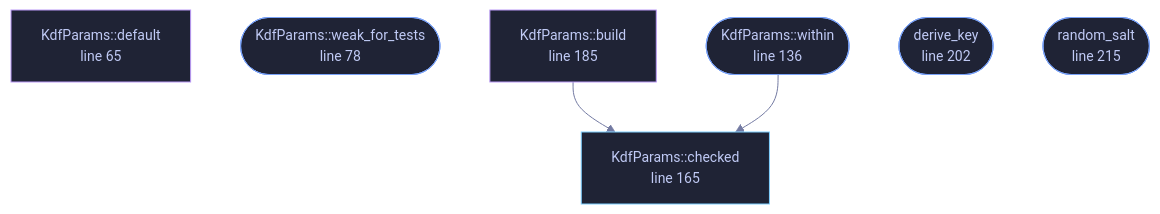
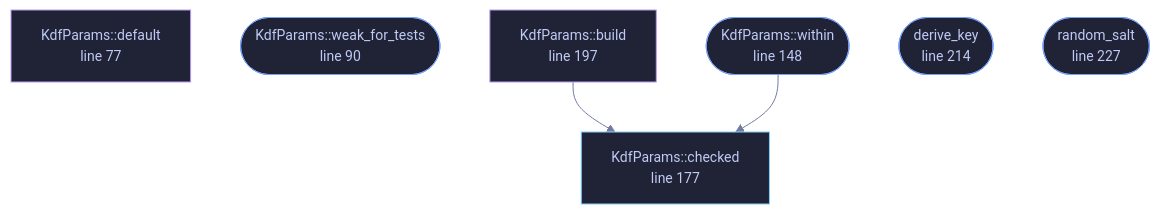
One commit to tilas01/veilvoice changed the diagram in wiki/File-veilvoice-crypto-kdf.md. Above: the diagram before and after it, drawn with Mermaid. The commit also changed other lines of this file and 487 other files, not shown here.

````diff
--- a/wiki/File-veilvoice-crypto-kdf.md
+++ b/wiki/File-veilvoice-crypto-kdf.md
@@ -86,26 +99,26 @@
 ```mermaid
 %%{init: {"theme":"base","themeVariables":{"background":"#1a1b26","primaryColor":"#1f2335","primaryTextColor":"#c0caf5","primaryBorderColor":"#7aa2f7","secondaryColor":"#16161e","tertiaryColor":"#16161e","lineColor":"#737aa2","textColor":"#c0caf5","mainBkg":"#1f2335","nodeBorder":"#7aa2f7","clusterBkg":"#16161e","clusterBorder":"#2f3549","fontFamily":"ui-monospace, SFMono-Regular, Consolas, monospace","fontSize":"14px"}}}%%
 flowchart TD
-    n_default["KdfParams::default<br/>line 65"]
-    n_weak_for_tests(["KdfParams::weak_for_tests<br/>line 78"])
-    n_within(["KdfParams::within<br/>line 136"])
-    n_checked["KdfParams::checked<br/>line 165"]
-    n_build["KdfParams::build<br/>line 185"]
-    n_derive_key(["derive_key<br/>line 202"])
-    n_random_salt(["random_salt<br/>line 215"])
+    n_default["KdfParams::default<br/>line 77"]
+    n_weak_for_tests(["KdfParams::weak_for_tests<br/>line 90"])
+    n_within(["KdfParams::within<br/>line 148"])
+    n_checked["KdfParams::checked<br/>line 177"]
+    n_build["KdfParams::build<br/>line 197"]
+    n_derive_key(["derive_key<br/>line 214"])
+    n_random_salt(["random_salt<br/>line 227"])
     n_build --> n_checked
     n_within --> n_checked
-    click n_default href "https://github.com/tilas01/veilvoice/blob/main/crates/veilvoice-crypto/src/kdf.rs#L65" "open the source"
-    click n_weak_for_tests href "https://github.com/tilas01/veilvoice/blob/main/crates/veilvoice-crypto/src/kdf.rs#L78" "open the source"
-    click n_within href "https://github.com/tilas01/veilvoice/blob/main/crates/veilvoice-crypto/src/kdf.rs#L136" "open the source"
-    click n_checked href "https://github.com/tilas01/veilvoice/blob/main/crates/veilvoice-crypto/src/kdf.rs#L165" "open the source"
-    click n_build href "https://github.com/tilas01/veilvoice/blob/main/crates/veilvoice-crypto/src/kdf.rs#L185" "open the source"
-    click n_derive_key href "https://github.com/tilas01/veilvoice/blob/main/crates/veilvoice-crypto/src/kdf.rs#L202" "open the source"
-    click n_random_salt href "https://github.com/tilas01/veilvoice/blob/main/crates/veilvoice-crypto/src/kdf.rs#L215" "open the source"
+    click n_default href "https://github.com/tilas01/veilvoice/blob/main/crates/veilvoice-crypto/src/kdf.rs#L77" "open the source"
+    click n_weak_for_tests href "https://github.com/tilas01/veilvoice/blob/main/crates/veilvoice-crypto/src/kdf.rs#L90" "open the source"
+    click n_within href "https://github.com/tilas01/veilvoice/blob/main/crates/veilvoice-crypto/src/kdf.rs#L148" "open the source"
+    click n_checked href "https://github.com/tilas01/veilvoice/blob/main/crates/veilvoice-crypto/src/kdf.rs#L177" "open the source"
+    click n_build href "https://github.com/tilas01/veilvoice/blob/main/crates/veilvoice-crypto/src/kdf.rs#L197" "open the source"
+    click n_derive_key href "https://github.com/tilas01/veilvoice/blob/main/crates/veilvoice-crypto/src/kdf.rs#L214" "open the source"
+    click n_random_salt href "https://github.com/tilas01/veilvoice/blob/main/crates/veilvoice-crypto/src/kdf.rs#L227" "open the source"
     classDef entry fill:#1f2335,stroke:#7aa2f7,color:#c0caf5
     class n_weak_for_tests,n_within,n_derive_key,n_random_salt entry
     classDef api fill:#1f2335,stroke:#7dcfff,color:#c0caf5
     class n_checked api
     classDef helper fill:#1f2335,stroke:#bb9af7,color:#c0caf5
     class n_default,n_build helper
 ```
````
